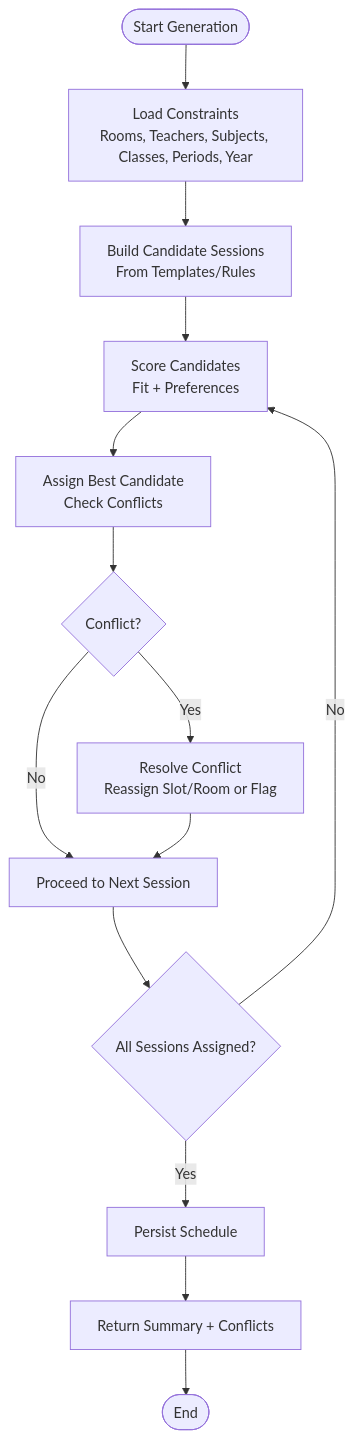
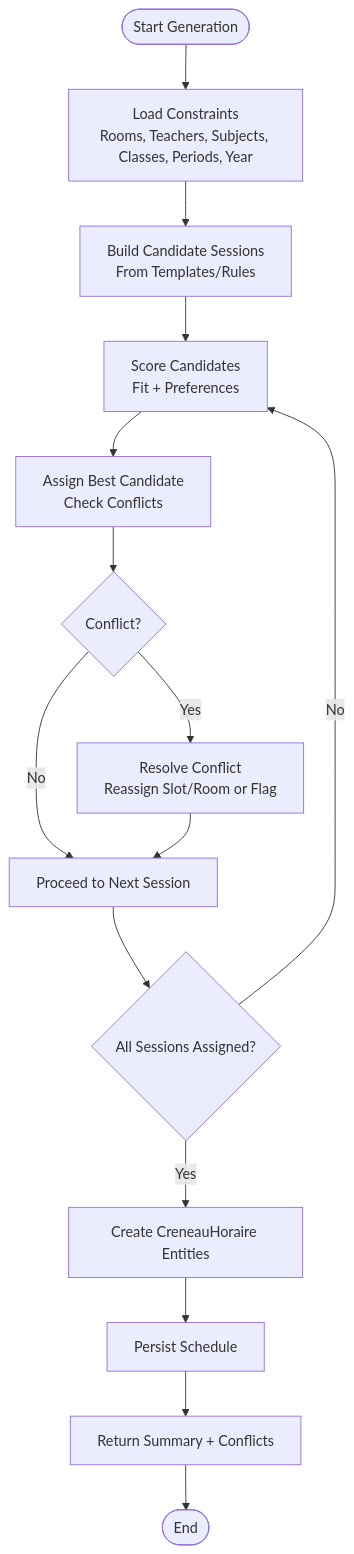
Before and after one commit to franckylab/eLISAschool: the fourth of 11 diagrams in .qoder/repowiki/en/content/Academic Management System/Class & Schedule Management/Timetable Creation & Scheduling.md, drawn with Mermaid. The commit also changed other lines of this file and 455 other files, not shown here.

````diff
--- a/.qoder/repowiki/en/content/Academic Management System/Class & Schedule Management/Timetable Creation & Scheduling.md
+++ b/.qoder/repowiki/en/content/Academic Management System/Class & Schedule Management/Timetable Creation & Scheduling.md
@@ -257,16 +352,17 @@
 ```mermaid
 flowchart TD
 Start(["Start Generation"]) --> Load["Load Constraints<br/>Rooms, Teachers, Subjects, Classes, Periods, Year"]
 Load --> BuildCandidates["Build Candidate Sessions<br/>From Templates/Rules"]
 BuildCandidates --> Score["Score Candidates<br/>Fit + Preferences"]
 Score --> Assign["Assign Best Candidate<br/>Check Conflicts"]
 Assign --> Conflict{"Conflict?"}
 Conflict --> |No| Next["Proceed to Next Session"]
 Conflict --> |Yes| Resolve["Resolve Conflict<br/>Reassign Slot/Room or Flag"]
 Resolve --> Next
 Next --> Done{"All Sessions Assigned?"}
 Done --> |No| Score
-Done --> |Yes| Persist["Persist Schedule"]
+Done --> |Yes| CreateCreneau["Create CreneauHoraire Entities"]
+CreateCreneau --> Persist["Persist Schedule"]
 Persist --> Report["Return Summary + Conflicts"]
 Report --> End(["End"])
 ```
````
